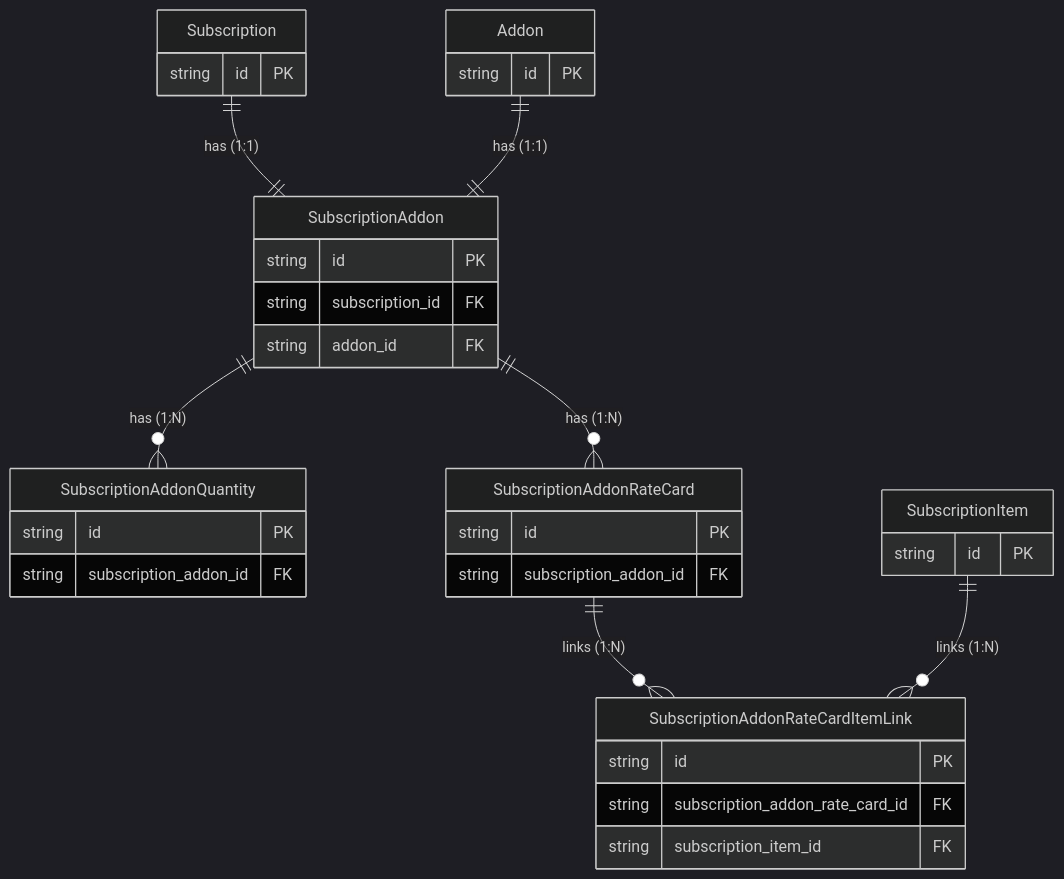
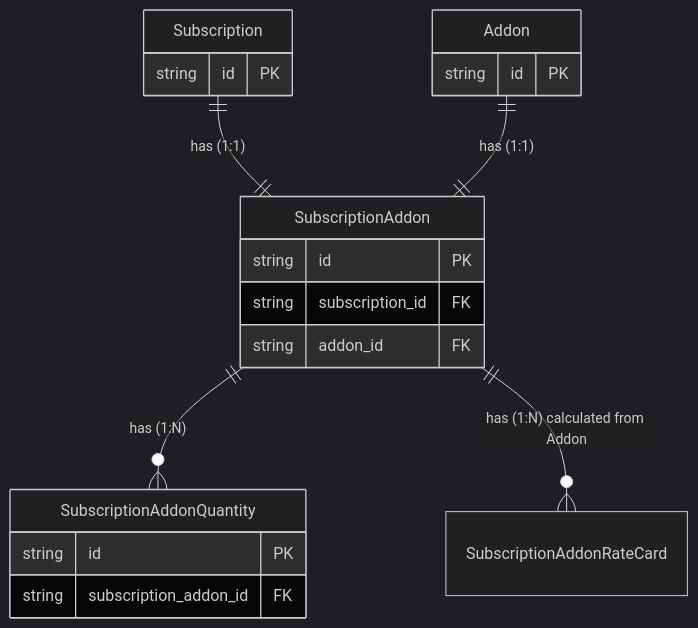
One commit to openmeterio/openmeter changed the diagram in openmeter/subscription/addon/README.md. Above: the diagram before and after it, drawn with Mermaid (dark theme). The commit also changed other lines of this file, not shown here.

````diff
--- a/openmeter/subscription/addon/README.md
+++ b/openmeter/subscription/addon/README.md
@@ -7,43 +7,30 @@
 ```mermaid
 erDiagram
     Subscription ||--|| SubscriptionAddon : "has (1:1)"
     SubscriptionAddon ||--o{ SubscriptionAddonQuantity : "has (1:N)"
-    SubscriptionAddon ||--o{ SubscriptionAddonRateCard : "has (1:N)"
-    SubscriptionAddonRateCard ||--o{ SubscriptionAddonRateCardItemLink : "links (1:N)"
-    SubscriptionItem ||--o{ SubscriptionAddonRateCardItemLink : "links (1:N)"
+    SubscriptionAddon ||--o{ SubscriptionAddonRateCard : "has (1:N) calculated from Addon"
     Addon ||--|| SubscriptionAddon : "has (1:1)"
 
     Subscription {
         string id PK
     }
 
     Addon {
         string id PK
     }
 
     SubscriptionAddon {
         string id PK
         string subscription_id FK
         string addon_id FK
     }
 
     SubscriptionAddonQuantity {
         string id PK
         string subscription_addon_id FK
     }
 
     SubscriptionAddonRateCard {
-        string id PK
-        string subscription_addon_id FK
-    }
 
-    SubscriptionAddonRateCardItemLink {
-        string id PK
-        string subscription_addon_rate_card_id FK
-        string subscription_item_id FK
-    }
-
-    SubscriptionItem {
-        string id PK
     }
 ```
````
